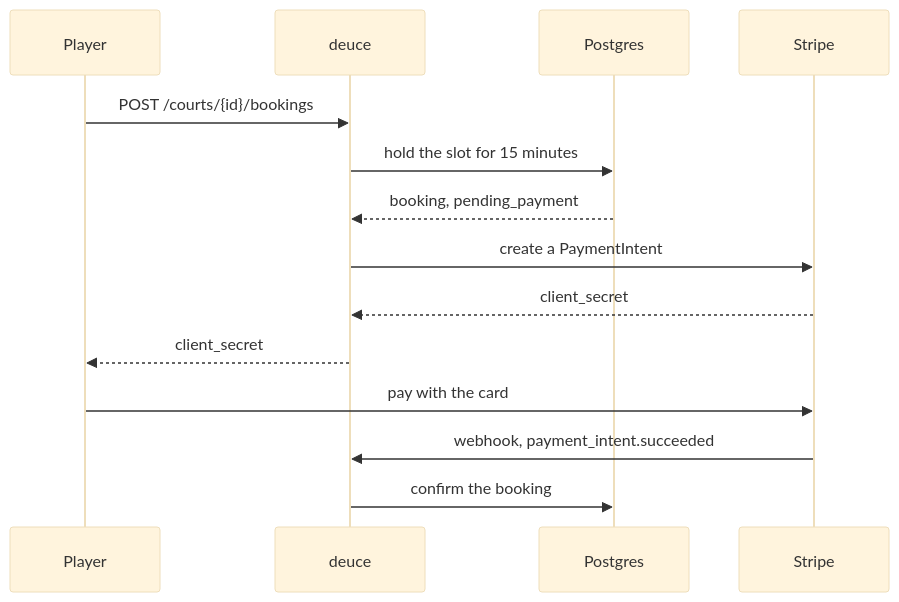
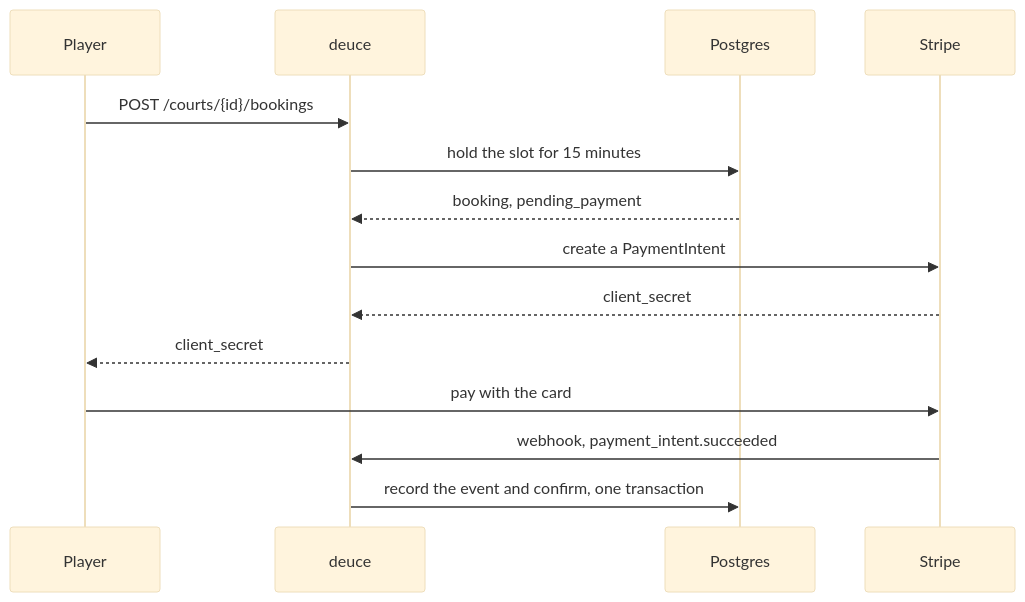
One commit to thelong0705/deuce changed the second of 3 diagrams in README.md. Above: the diagram before and after it, drawn with Mermaid (base theme). The commit also changed other lines of this file, not shown here.

First line of the commit message:
Describe the booking flow as it works now

````diff
--- a/README.md
+++ b/README.md
@@ -161,17 +161,17 @@
 ```mermaid
 sequenceDiagram
     participant P as Player
     participant API as deuce
     participant DB as Postgres
     participant S as Stripe
 
     P->>API: POST /courts/{id}/bookings
     API->>DB: hold the slot for 15 minutes
     DB-->>API: booking, pending_payment
     API->>S: create a PaymentIntent
     S-->>API: client_secret
     API-->>P: client_secret
     P->>S: pay with the card
     S->>API: webhook, payment_intent.succeeded
-    API->>DB: confirm the booking
+    API->>DB: record the event and confirm, one transaction
 ```
````
